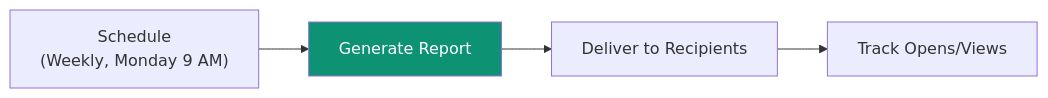
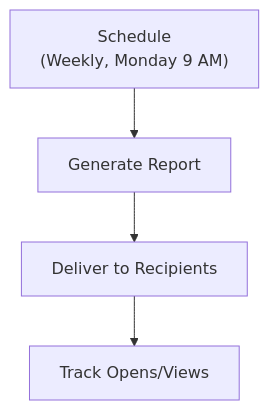
Before and after one commit to ashishsuperatom/tech-docs: the first of 2 diagrams in platform/reports.mdx, drawn with Mermaid. The commit also changed other lines of this file and 37 other files, not shown here.

First line of the commit message:
Clean up docs: remove em-dashes, fix mermaid diagrams, remove emojis

````diff
--- a/platform/reports.mdx
+++ b/platform/reports.mdx
@@ -109,8 +109,7 @@
 ```mermaid
-flowchart LR
+flowchart TD
     SCHEDULE["Schedule<br>(Weekly, Monday 9 AM)"] --> GENERATE["Generate Report"]
     GENERATE --> DELIVER["Deliver to Recipients"]
     DELIVER --> TRACK["Track Opens/Views"]
 
-    style GENERATE fill:#0D9373,color:#fff
 ```
````
